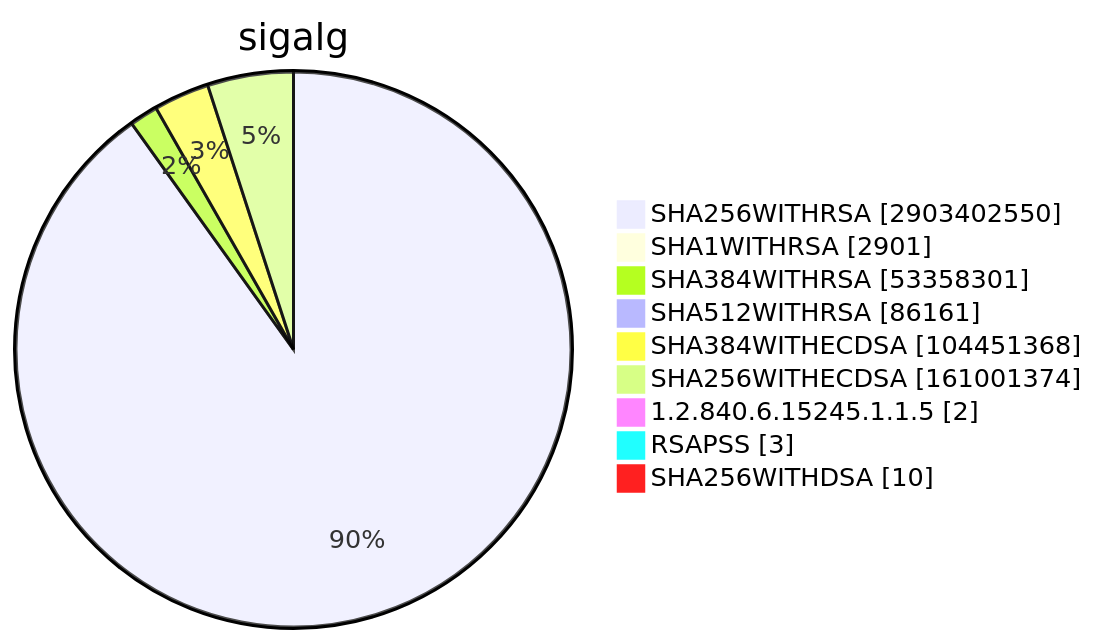
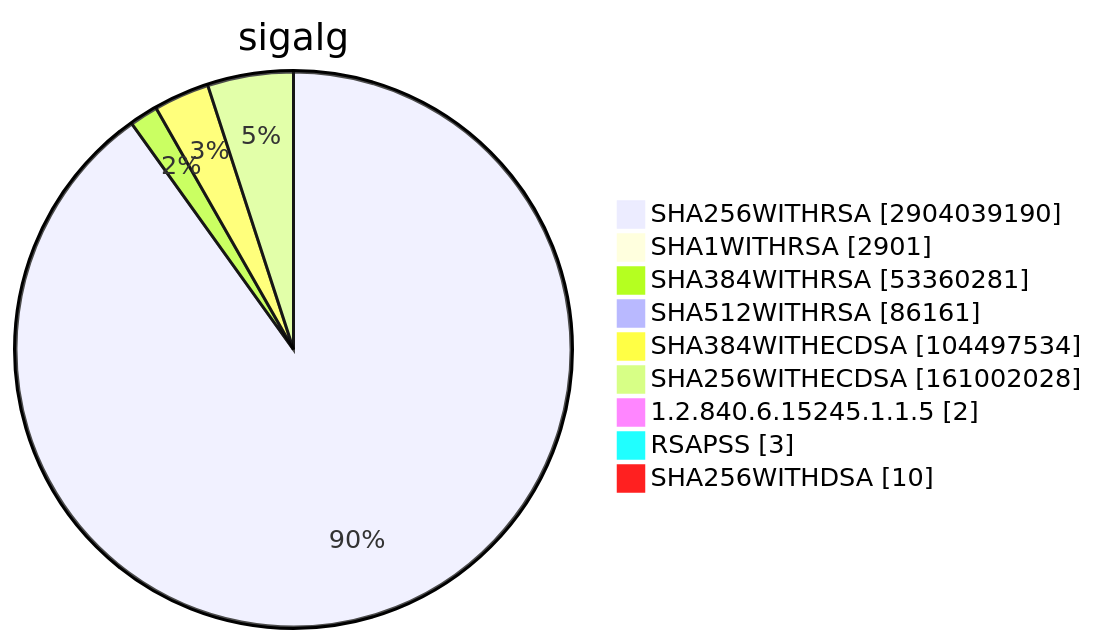
One commit to christiankrug/ctmonitor_visualization changed diagram 15 of 15 in TOTAL/README.md. Above: the diagram before and after it, drawn with Mermaid. The commit also changed other lines of this file, not shown here.

````diff
--- a/TOTAL/README.md
+++ b/TOTAL/README.md
@@ -6207,13 +6207,13 @@
 ```mermaid
 pie showData
 title sigalg
-"SHA256WITHRSA" :2903402550
+"SHA256WITHRSA" :2904039190
 "SHA1WITHRSA" :2901
-"SHA384WITHRSA" :53358301
+"SHA384WITHRSA" :53360281
 "SHA512WITHRSA" :86161
-"SHA384WITHECDSA" :104451368
-"SHA256WITHECDSA" :161001374
+"SHA384WITHECDSA" :104497534
+"SHA256WITHECDSA" :161002028
 "1.2.840.6.15245.1.1.5" :2
 "RSAPSS" :3
 "SHA256WITHDSA" :10
 ```
````
